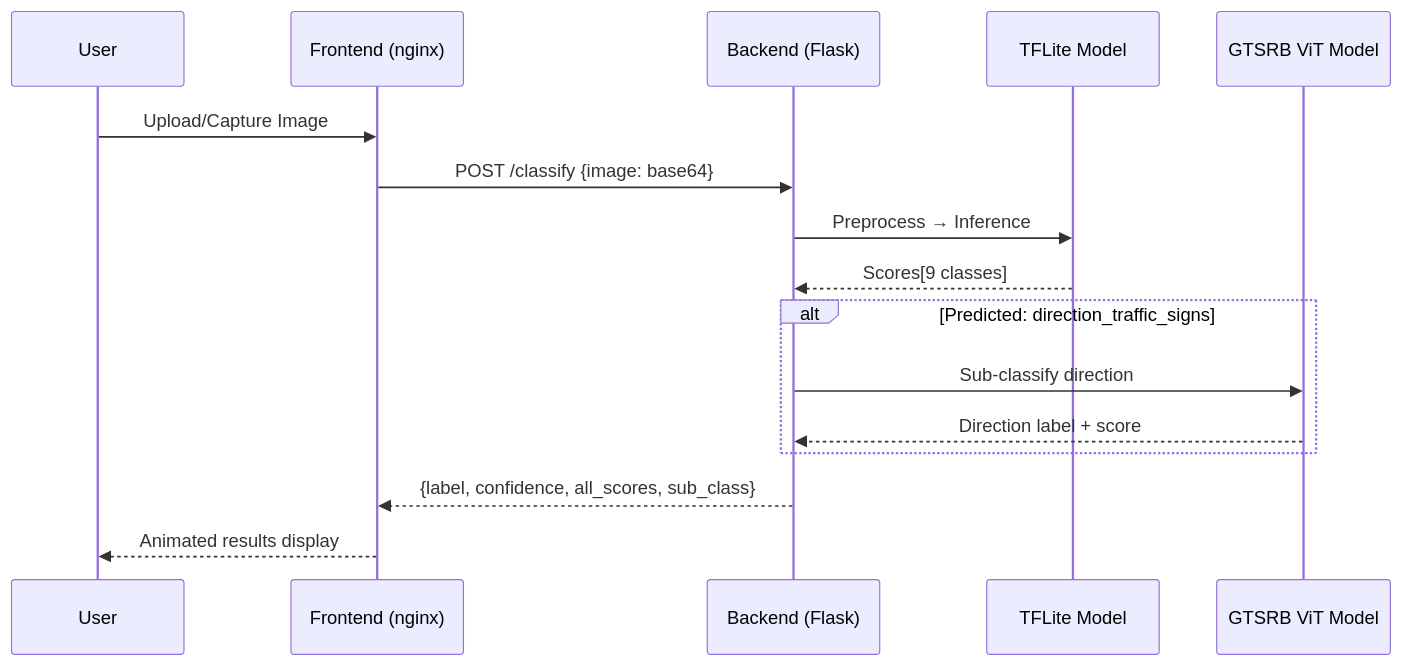
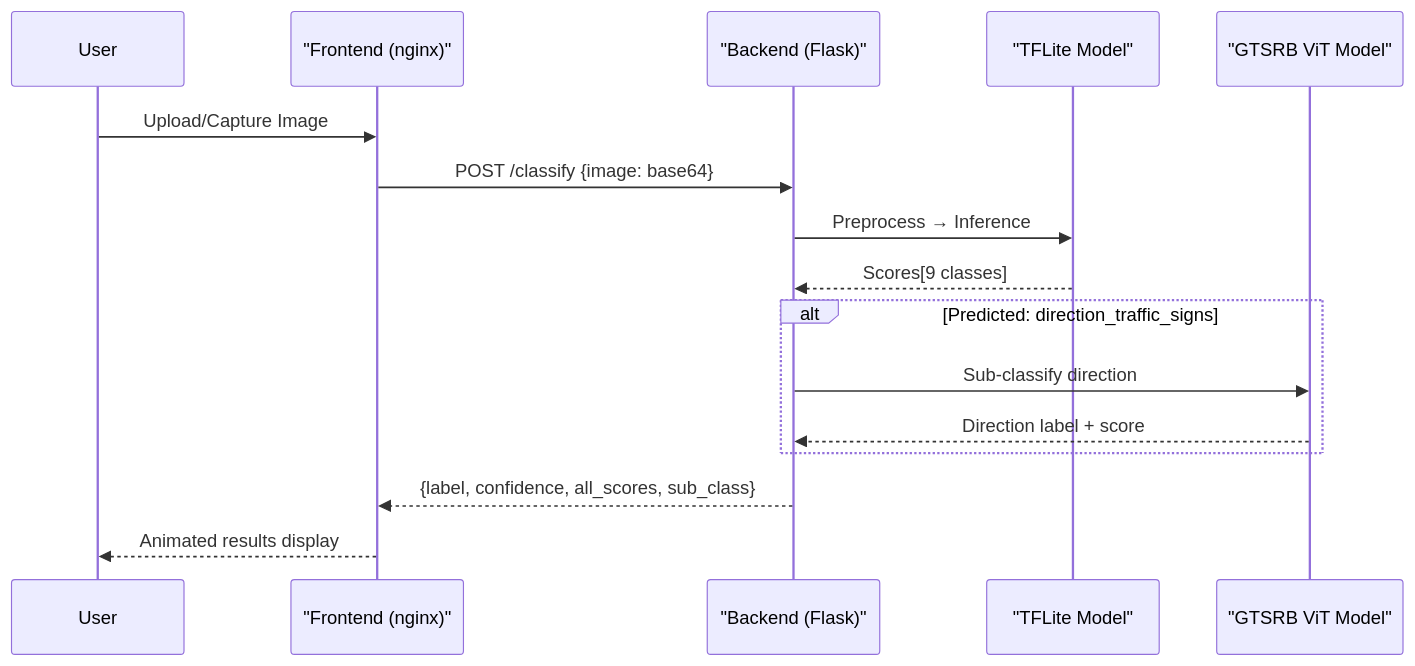
One commit to HarshithaKss/samsung-prism-app changed the second of 2 diagrams in README.md. Above: the diagram before and after it, drawn with Mermaid.

Commit message:
docs: fix mermaid sequence diagram rendering error by quoting participant aliases

````diff
--- a/README.md
+++ b/README.md
@@ -107,21 +107,21 @@
 ```mermaid
 sequenceDiagram
     participant User
-    participant Frontend as Frontend (nginx)
-    participant Backend as Backend (Flask)
-    participant TFLite as TFLite Model
-    participant ViT as GTSRB ViT Model
+    participant Frontend as "Frontend (nginx)"
+    participant Backend as "Backend (Flask)"
+    participant TFLite as "TFLite Model"
+    participant ViT as "GTSRB ViT Model"
 
     User->>Frontend: Upload/Capture Image
     Frontend->>Backend: POST /classify {image: base64}
     Backend->>TFLite: Preprocess → Inference
     TFLite-->>Backend: Scores[9 classes]
     
     alt Predicted: direction_traffic_signs
         Backend->>ViT: Sub-classify direction
         ViT-->>Backend: Direction label + score
     end
     
     Backend-->>Frontend: {label, confidence, all_scores, sub_class}
     Frontend-->>User: Animated results display
 ```
````
